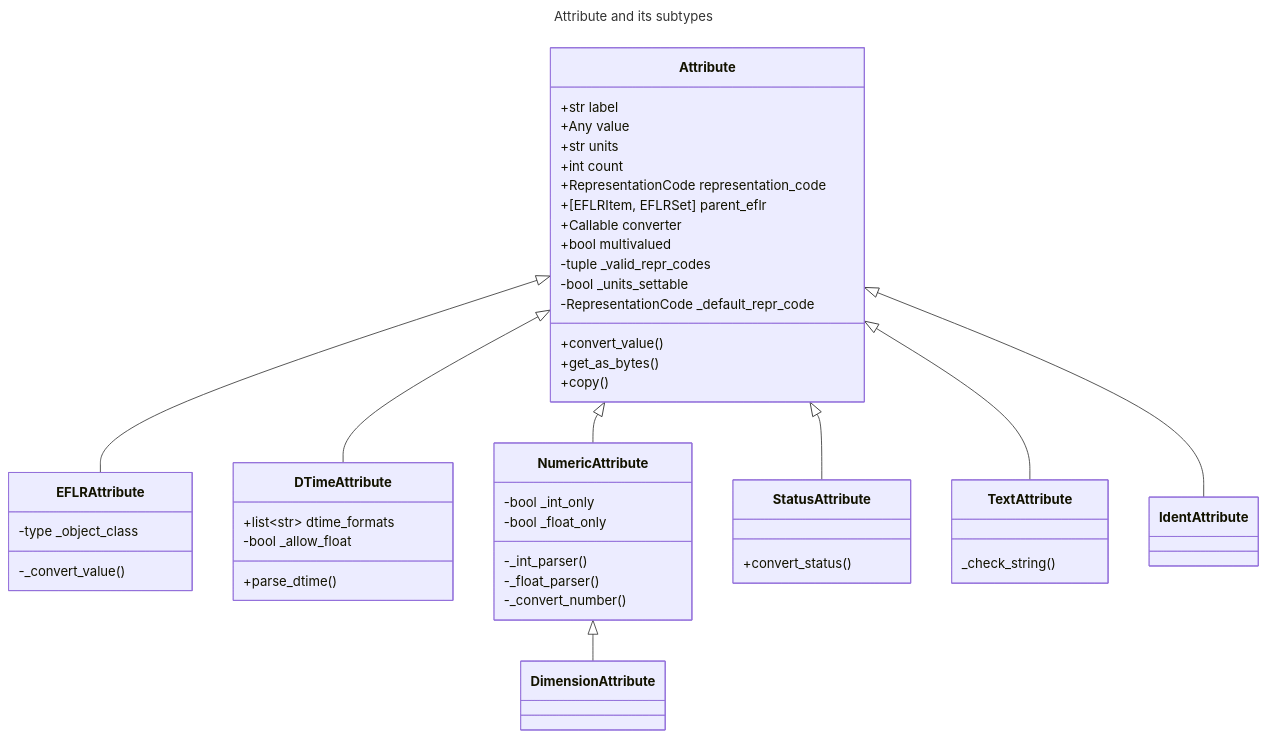
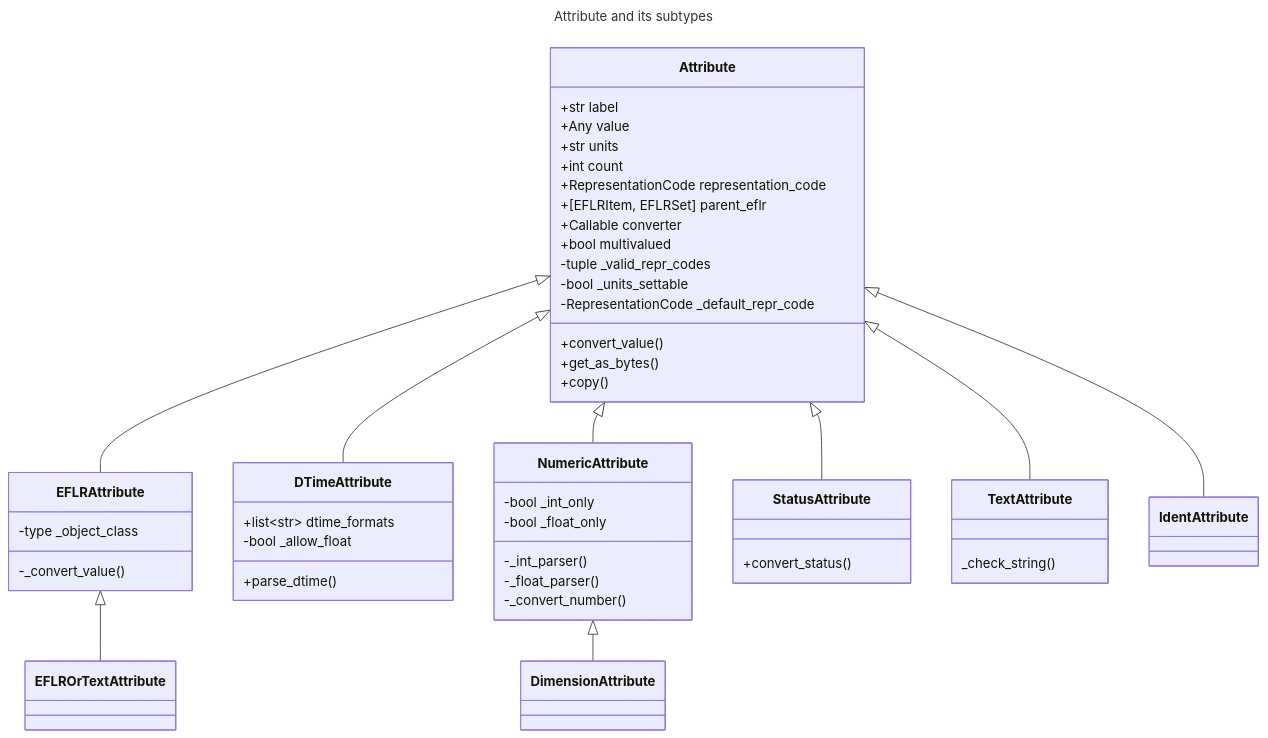
Before and after one commit to well-id/dliswriter: the sixth of 6 diagrams in README.md, drawn with Mermaid. The commit also changed other lines of this file, not shown here.

Commit message:
Added EFLROeTextAttribute to readme

````diff
--- a/README.md
+++ b/README.md
@@ -994,67 +994,68 @@
 ```mermaid
 ---
 title: Attribute and its subtypes
 ---
 classDiagram
     Attribute <|-- EFLRAttribute
+    EFLRAttribute <|-- EFLROrTextAttribute
     Attribute <|-- DTimeAttribute
     Attribute <|-- NumericAttribute
     NumericAttribute <|-- DimensionAttribute
     Attribute <|-- StatusAttribute
     Attribute <|-- TextAttribute
     Attribute <|-- IdentAttribute
 
     
     class Attribute{
         +str label
         +Any value
         +str units
         +int count
         +RepresentationCode representation_code
         +[EFLRItem, EFLRSet] parent_eflr
         +Callable converter
         +bool multivalued
         -tuple _valid_repr_codes
         -bool _units_settable
         -RepresentationCode _default_repr_code
 
         +convert_value()
         +get_as_bytes()
         +copy()
     }
     
     class EFLRAttribute{
         -type _object_class
         
         -_convert_value()
     }
     
     class DTimeAttribute{
         +list~str~ dtime_formats
         -bool _allow_float
         
         +parse_dtime()
     }
     
     class NumericAttribute{
         -bool _int_only
         -bool _float_only
         
         -_int_parser()
         -_float_parser()
         -_convert_number()
     }
     
     class StatusAttribute{
         +convert_status()
     }
     
     class TextAttribute{
         _check_string()
     }
     
     class IdentAttribute{
         
     }
 
 ```
````
